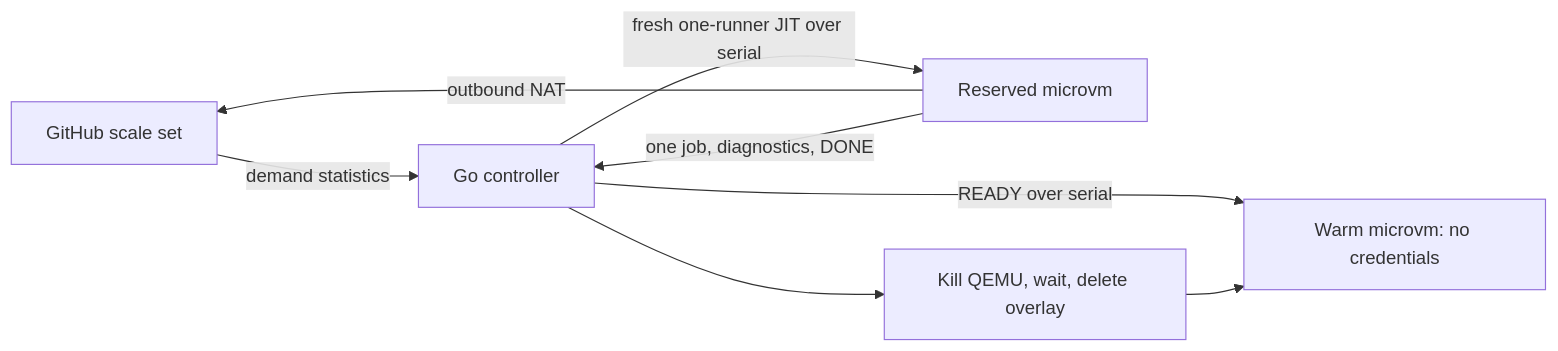
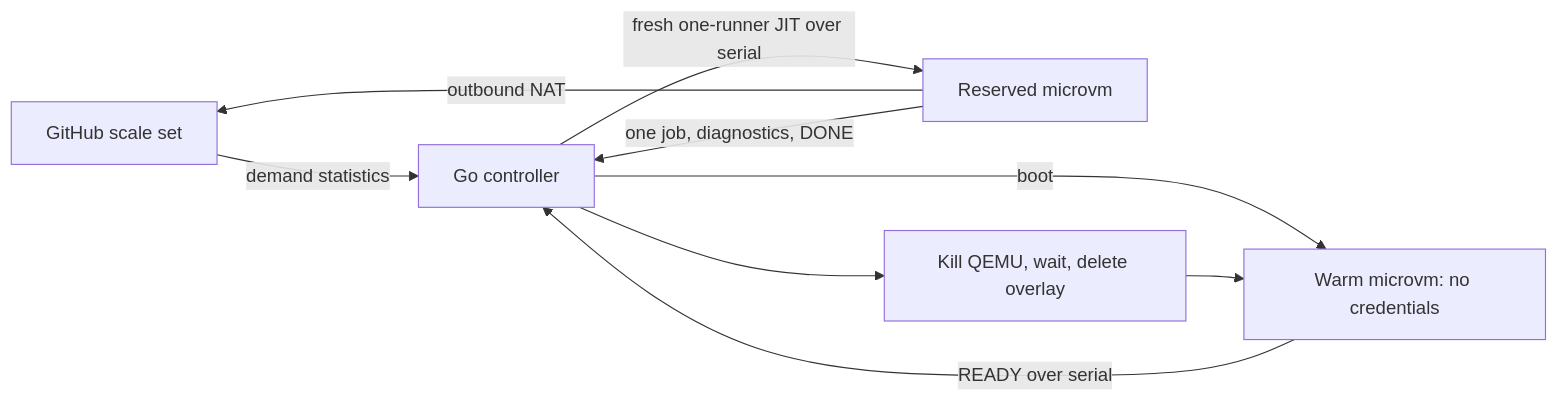
Before and after one commit to plover-digital/chickadee: the diagram in README.md, drawn with Mermaid. The commit also changed 2 other files, not shown here.

Commit message:
Build and test trusted main pushes on ephemeral org runners

````diff
--- a/README.md
+++ b/README.md
@@ -32,10 +32,11 @@
 ```mermaid
 flowchart LR
   GH[GitHub scale set] -->|demand statistics| C[Go controller]
-  C -->|READY over serial| W[Warm microvm: no credentials]
+  C -->|boot| W[Warm microvm: no credentials]
+  W -->|READY over serial| C
   C -->|fresh one-runner JIT over serial| R[Reserved microvm]
   R -->|outbound NAT| GH
   R -->|one job, diagnostics, DONE| C
   C --> D[Kill QEMU, wait, delete overlay]
   D --> W
 ```
````
